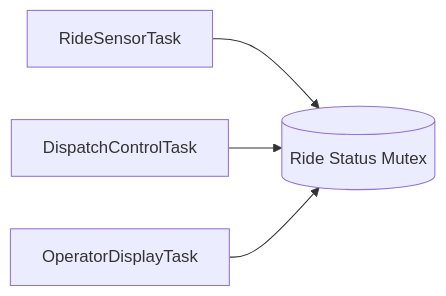
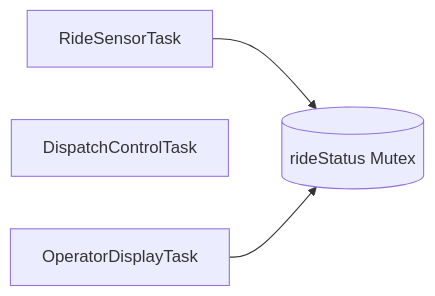
The diagram in HW3/README.md (Alfonso-mtzj/Real_Time_Systems), drawn with Mermaid before and after one commit.

````diff
--- a/HW3/README.md
+++ b/HW3/README.md
@@ -191,13 +191,12 @@
 ```mermaid
 flowchart LR
 
 A[RideSensorTask]
 B[DispatchControlTask]
 C[OperatorDisplayTask]
 
-D[(Ride Status Mutex)]
+D[(rideStatus Mutex)]
 
 A --> D
-B --> D
 C --> D
 ```
````
